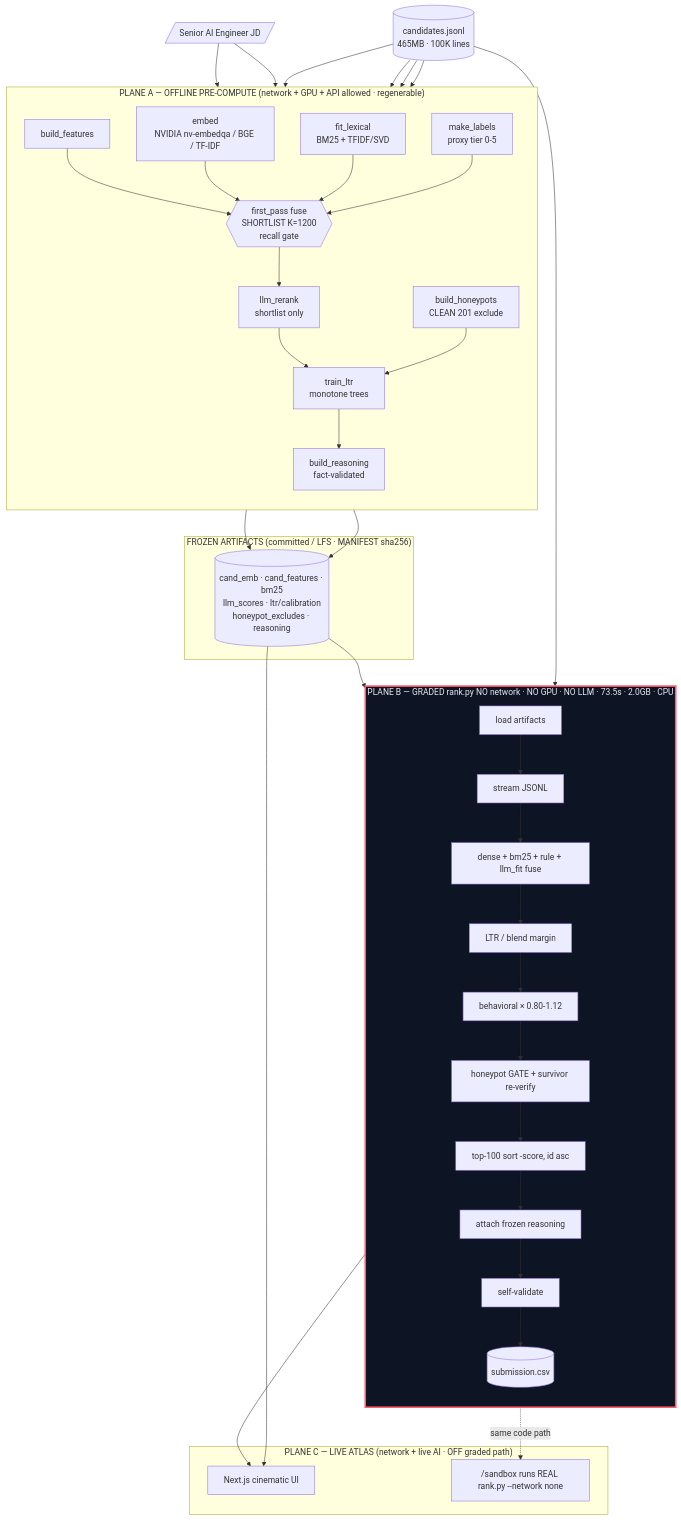
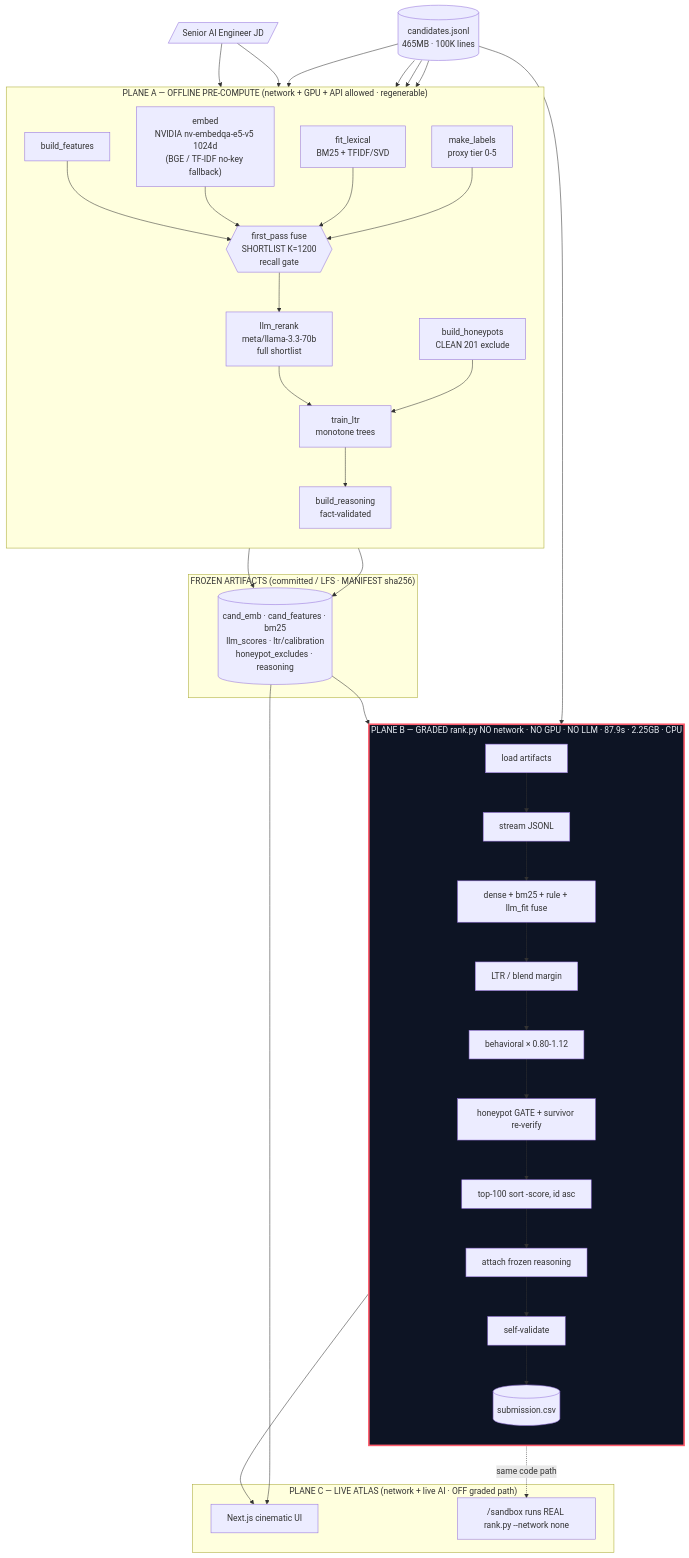
The diagram in README.md (divyamohan1993/IndiaRuns), drawn with Mermaid before and after one commit. The commit also changed other lines of this file and 12 other files, not shown here.

````diff
--- a/README.md
+++ b/README.md
@@ -42,52 +42,52 @@
 ```mermaid
 flowchart TB
   DATA[(candidates.jsonl<br/>465MB · 100K lines)]
   JD[/Senior AI Engineer JD/]
 
   subgraph A["PLANE A — OFFLINE PRE-COMPUTE  (network + GPU + API allowed · regenerable)"]
     direction TB
     A1[build_features] --> A5
-    A2["embed<br/>NVIDIA nv-embedqa / BGE / TF-IDF"] --> A5
+    A2["embed<br/>NVIDIA nv-embedqa-e5-v5 1024d<br/>(BGE / TF-IDF no-key fallback)"] --> A5
     A3[fit_lexical<br/>BM25 + TFIDF/SVD] --> A5
     A4[make_labels<br/>proxy tier 0-5] --> A5
     A5{{first_pass fuse<br/>SHORTLIST K=1200<br/>recall gate}}
-    A6["llm_rerank<br/>shortlist only"]
+    A6["llm_rerank<br/>meta/llama-3.3-70b<br/>full shortlist"]
     A7[train_ltr<br/>monotone trees]
     A8[build_honeypots<br/>CLEAN 201 exclude]
     A9[build_reasoning<br/>fact-validated]
     A5 --> A6 --> A7
     A8 --> A7 --> A9
   end
 
   subgraph FROZE["FROZEN ARTIFACTS  (committed / LFS · MANIFEST sha256)"]
     ART[(cand_emb · cand_features · bm25<br/>llm_scores · ltr/calibration<br/>honeypot_excludes · reasoning)]
   end
 
-  subgraph B["PLANE B — GRADED rank.py  NO network · NO GPU · NO LLM · 73.5s · 2.0GB · CPU"]
+  subgraph B["PLANE B — GRADED rank.py  NO network · NO GPU · NO LLM · 87.9s · 2.25GB · CPU"]
     direction TB
     B1[load artifacts] --> B2[stream JSONL]
     B2 --> B3[dense + bm25 + rule + llm_fit fuse]
     B3 --> B4[LTR / blend margin]
     B4 --> B5[behavioral × 0.80-1.12]
     B5 --> B6[honeypot GATE + survivor re-verify]
     B6 --> B7[top-100 sort -score, id asc]
     B7 --> B8[attach frozen reasoning] --> B9[self-validate] --> CSV[(submission.csv)]
   end
 
   subgraph C["PLANE C — LIVE ATLAS  (network + live AI · OFF graded path)"]
     WEB[Next.js cinematic UI]
     SBX["/sandbox runs REAL rank.py --network none"]
   end
 
   DATA --> A1 & A2 & A3 & A4 & B2
   JD --> A2 & A4
   A1 --> ART
   A9 --> ART
   ART --> B1
   ART --> WEB
   CSV --> WEB
   B -.same code path.-> SBX
 
   classDef gated fill:#0D1424,stroke:#FF5C6C,stroke-width:3px,color:#E6EAF2;
   class B gated;
 ```
````
